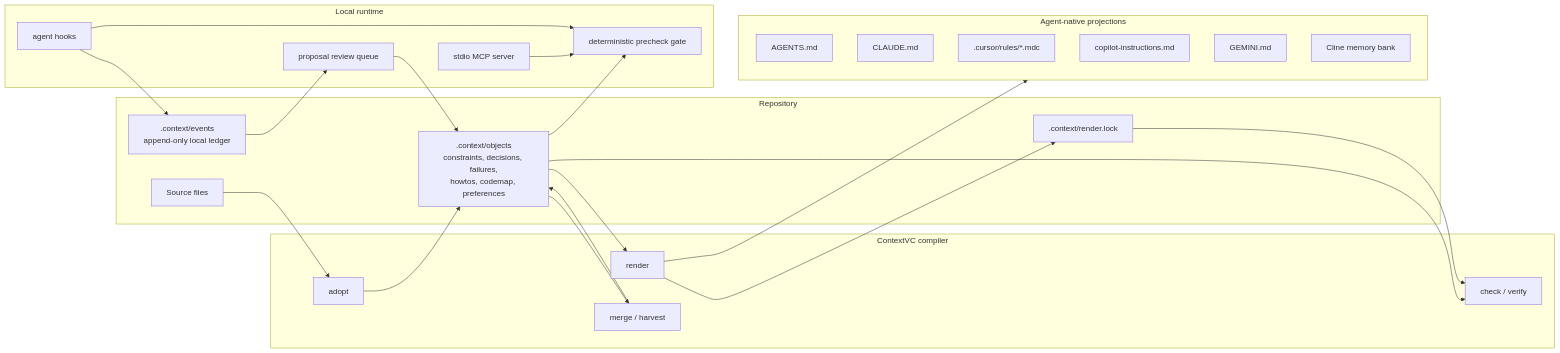
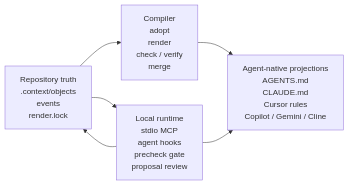
The diagram in docs/architecture.mmd (HaochengLu/contextvc), drawn with Mermaid before and after one commit. The commit also changed 6 other files, not shown here.

Commit message:
Use GIF demo and rendered architecture diagram

```diff
--- a/docs/architecture.mmd
+++ b/docs/architecture.mmd
@@ -1,42 +1,11 @@
 flowchart LR
-    subgraph Repo["Repository"]
-        Source["Source files"]
-        Context[".context/objects<br/>constraints, decisions, failures,<br/>howtos, codemap, preferences"]
-        Events[".context/events<br/>append-only local ledger"]
-        Lock[".context/render.lock"]
-    end
+    Repo["Repository truth<br/>.context/objects<br/>events<br/>render.lock"]
+    Compiler["Compiler<br/>adopt<br/>render<br/>check / verify<br/>merge"]
+    Runtime["Local runtime<br/>stdio MCP<br/>agent hooks<br/>precheck gate<br/>proposal review"]
+    Agents["Agent-native projections<br/>AGENTS.md<br/>CLAUDE.md<br/>Cursor rules<br/>Copilot / Gemini / Cline"]
 
-    subgraph Compiler["ContextVC compiler"]
-        Adopt["adopt"]
-        Render["render"]
-        Check["check / verify"]
-        Merge["merge / harvest"]
-    end
-
-    subgraph Runtime["Local runtime"]
-        MCP["stdio MCP server"]
-        Hooks["agent hooks"]
-        Gate["deterministic precheck gate"]
-        Review["proposal review queue"]
-    end
-
-    subgraph Agents["Agent-native projections"]
-        AgentsMd["AGENTS.md"]
-        Claude["CLAUDE.md"]
-        Cursor[".cursor/rules/*.mdc"]
-        Copilot["copilot-instructions.md"]
-        Gemini["GEMINI.md"]
-        Cline["Cline memory bank"]
-    end
-
-    Source --> Adopt --> Context
-    Context --> Render --> Agents
-    Render --> Lock
-    Context --> Check
-    Lock --> Check
-    Context --> Gate
-    Events --> Review --> Context
-    MCP --> Gate
-    Hooks --> Gate
-    Hooks --> Events
-    Context --> Merge --> Context
+    Repo --> Compiler
+    Compiler --> Agents
+    Repo --> Runtime
+    Runtime --> Repo
+    Runtime --> Agents
```
